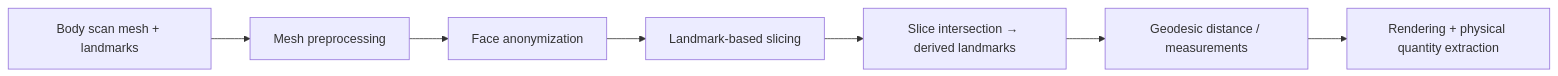
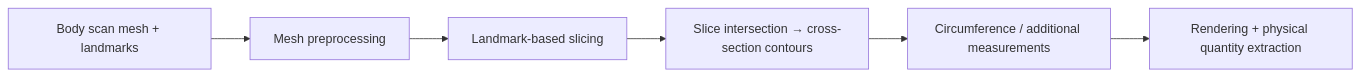
One commit to YingGwan/Body-Scan-Viewer changed the second of 2 diagrams in wiki/PROJECT.md. Above: the diagram before and after it, drawn with Mermaid. The commit also changed other lines of this file and 3 other files, not shown here.

````diff
--- a/wiki/PROJECT.md
+++ b/wiki/PROJECT.md
@@ -35,9 +39,8 @@
 ```mermaid
 flowchart LR
   A[Body scan mesh + landmarks] --> B[Mesh preprocessing]
-  B --> B2[Face anonymization]
-  B2 --> C[Landmark-based slicing]
-  C --> D[Slice intersection → derived landmarks]
-  D --> E[Geodesic distance / measurements]
+  B --> C[Landmark-based slicing]
+  C --> D[Slice intersection → cross-section contours]
+  D --> E[Circumference / additional measurements]
   E --> F[Rendering + physical quantity extraction]
 ```
````
